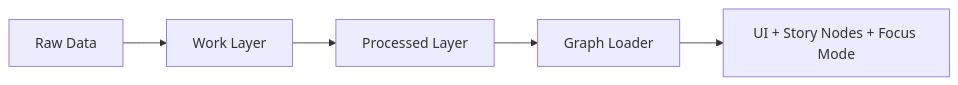
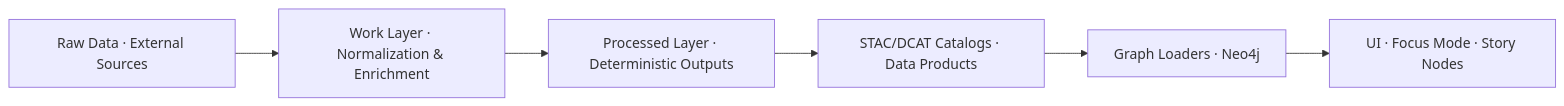
The first of 2 diagrams in docs/pipelines/README.md (bartytime4life/Kansas-Frontier-Matrix), drawn with Mermaid before and after one commit. The commit also changed other lines of this file, not shown here.

````diff
--- a/docs/pipelines/README.md
+++ b/docs/pipelines/README.md
@@ -208,7 +222,8 @@
 ```mermaid
 flowchart LR
-    A[Raw Data] --> B[Work Layer]
-    B --> C[Processed Layer]
-    C --> D[Graph Loader]
-    D --> E[UI + Story Nodes + Focus Mode]
+    A[Raw Data · External Sources] --> B[Work Layer · Normalization & Enrichment]
+    B --> C[Processed Layer · Deterministic Outputs]
+    C --> D[STAC/DCAT Catalogs · Data Products]
+    D --> E[Graph Loaders · Neo4j]
+    E --> F[UI · Focus Mode · Story Nodes]
 ```
````
